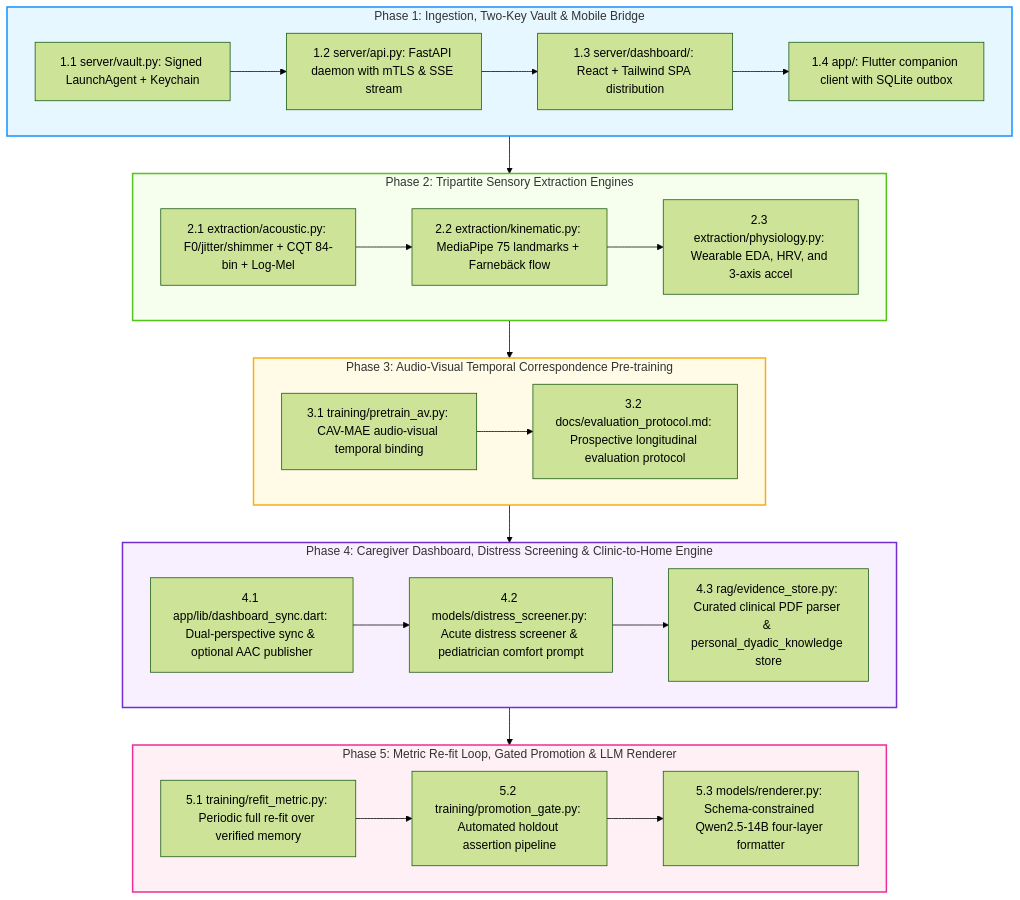
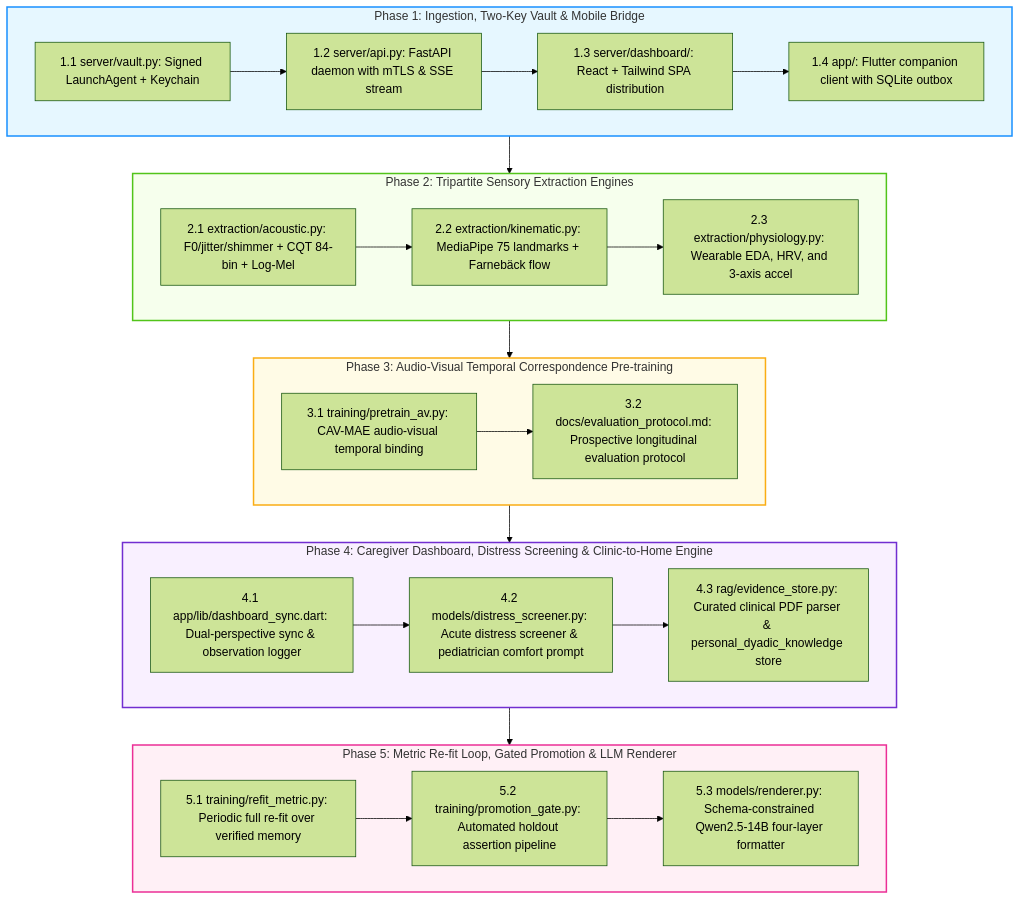
The fourth of 4 diagrams in SPECS.md (olostan/project_n), drawn with Mermaid (forest theme) before and after one commit. The commit also changed other lines of this file and 7 other files, not shown here.

````diff
--- a/SPECS.md
+++ b/SPECS.md
@@ -760,45 +763,45 @@
 ```mermaid
 graph TD
     subgraph P1 ["Phase 1: Ingestion, Two-Key Vault & Mobile Bridge"]
         P1_1["1.1 server/vault.py: Signed LaunchAgent + Keychain"]
         P1_2["1.2 server/api.py: FastAPI daemon with mTLS & SSE stream"]
         P1_3["1.3 server/dashboard/: React + Tailwind SPA distribution"]
         P1_4["1.4 app/: Flutter companion client with SQLite outbox"]
         P1_1 --> P1_2 --> P1_3 --> P1_4
     end
 
     subgraph P2 ["Phase 2: Tripartite Sensory Extraction Engines"]
         P2_1["2.1 extraction/acoustic.py: F0/jitter/shimmer + CQT 84-bin + Log-Mel"]
         P2_2["2.2 extraction/kinematic.py: MediaPipe 75 landmarks + Farnebäck flow"]
         P2_3["2.3 extraction/physiology.py: Wearable EDA, HRV, and 3-axis accel"]
         P2_1 --> P2_2 --> P2_3
     end
 
     subgraph P3 ["Phase 3: Audio-Visual Temporal Correspondence Pre-training"]
         P3_1["3.1 training/pretrain_av.py: CAV-MAE audio-visual temporal binding"]
         P3_2["3.2 docs/evaluation_protocol.md: Prospective longitudinal evaluation protocol"]
         P3_1 --> P3_2
     end
 
     subgraph P4 ["Phase 4: Caregiver Dashboard, Distress Screening & Clinic-to-Home Engine"]
-        P4_1["4.1 app/lib/dashboard_sync.dart: Dual-perspective sync & optional AAC publisher"]
+        P4_1["4.1 app/lib/dashboard_sync.dart: Dual-perspective sync & observation logger"]
         P4_2["4.2 models/distress_screener.py: Acute distress screener & pediatrician comfort prompt"]
         P4_3["4.3 rag/evidence_store.py: Curated clinical PDF parser & personal_dyadic_knowledge store"]
         P4_1 --> P4_2 --> P4_3
     end
 
     subgraph P5 ["Phase 5: Metric Re-fit Loop, Gated Promotion & LLM Renderer"]
         P5_1["5.1 training/refit_metric.py: Periodic full re-fit over verified memory"]
         P5_2["5.2 training/promotion_gate.py: Automated holdout assertion pipeline"]
         P5_3["5.3 models/renderer.py: Schema-constrained Qwen2.5-14B four-layer formatter"]
         P5_1 --> P5_2 --> P5_3
     end
 
     P1 --> P2 --> P3 --> P4 --> P5
 
     style P1 fill:#e6f7ff,stroke:#1890ff,stroke-width:2px
     style P2 fill:#f6ffed,stroke:#52c41a,stroke-width:2px
     style P3 fill:#fffbe6,stroke:#faad14,stroke-width:2px
     style P4 fill:#f9f0ff,stroke:#722ed1,stroke-width:2px
     style P5 fill:#fff0f6,stroke:#eb2f96,stroke-width:2px
 ```
````
